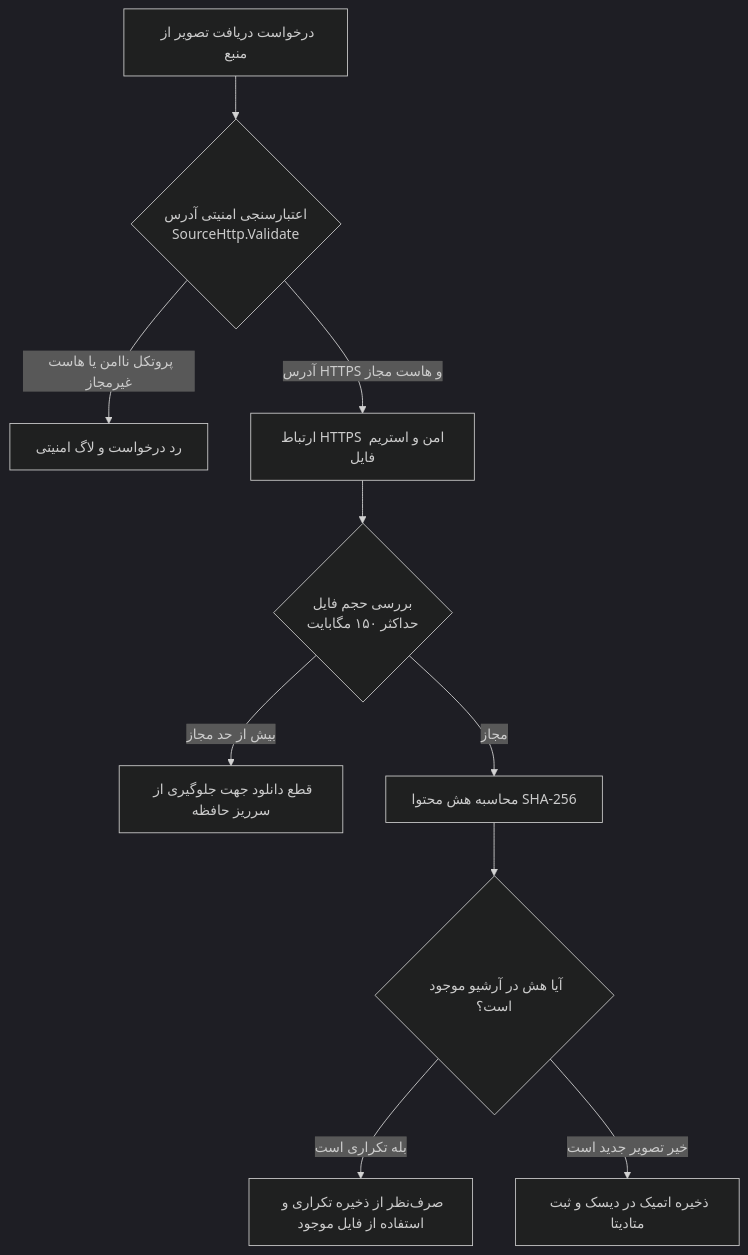
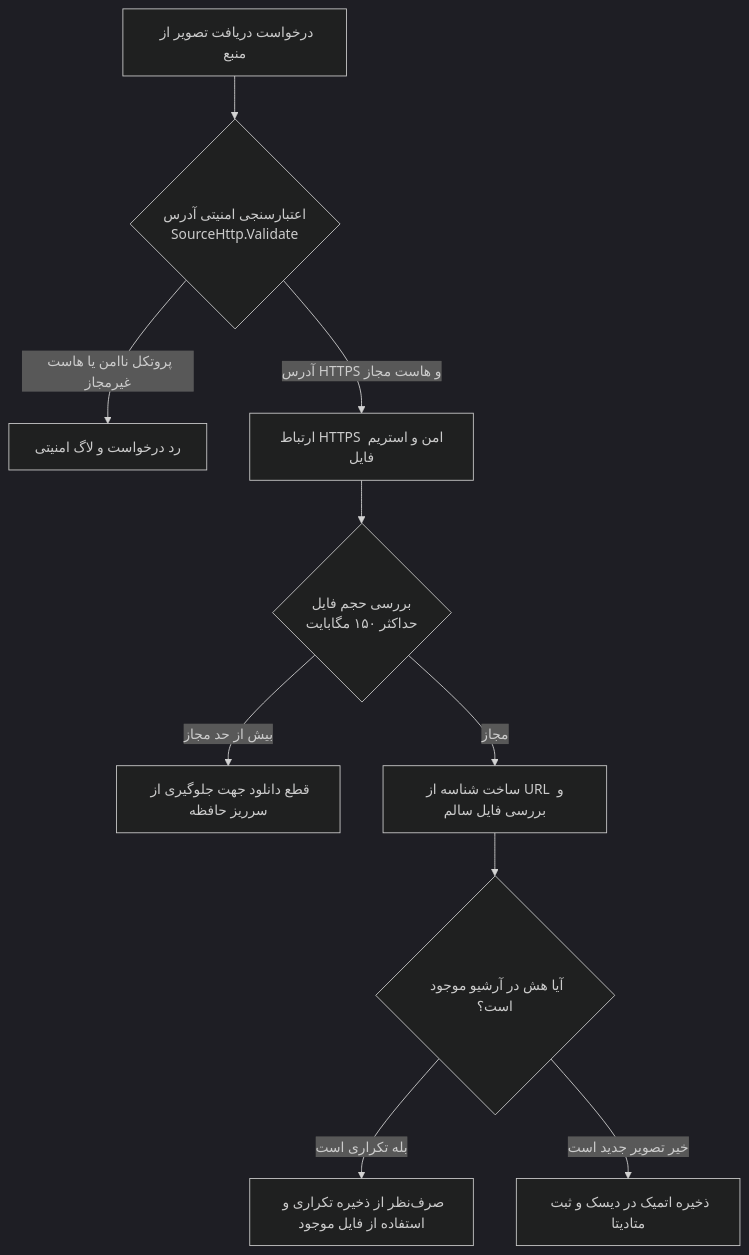
The diagram in docs/SOURCES_AND_API.md (taimazus/SetWinWallpaper), drawn with Mermaid (dark theme) before and after one commit. The commit also changed other lines of this file and 43 other files, not shown here.

````diff
--- a/docs/SOURCES_AND_API.md
+++ b/docs/SOURCES_AND_API.md
@@ -55,15 +55,15 @@
 ```mermaid
 flowchart TD
     Req[درخواست دریافت تصویر از منبع] --> SecCheck{اعتبارسنجی امنیتی آدرس<br/>SourceHttp.Validate}
     
     SecCheck -- پروتکل ناامن یا هاست غیرمجاز --> Err[رد درخواست و لاگ امنیتی]
     SecCheck -- آدرس HTTPS و هاست مجاز --> HttpStream[ارتباط HTTPS امن و استریم فایل]
     
     HttpStream --> SizeCheck{بررسی حجم فایل<br/>حداکثر ۱۵۰ مگابایت}
     SizeCheck -- بیش از حد مجاز --> Err2[قطع دانلود جهت جلوگیری از سرریز حافظه]
-    SizeCheck -- مجاز --> HashCalc[محاسبه هش محتوا SHA-256]
+    SizeCheck -- مجاز --> HashCalc[ساخت شناسه از URL و بررسی فایل سالم]
     
     HashCalc --> DupCheck{آیا هش در آرشیو موجود است؟}
     DupCheck -- بله تکراری است --> SkipWrite[صرف‌نظر از ذخیره تکراری و استفاده از فایل موجود]
     DupCheck -- خیر تصویر جدید است --> SaveDisk[ذخیره اتمیک در دیسک و ثبت متادیتا]
 ```
````
